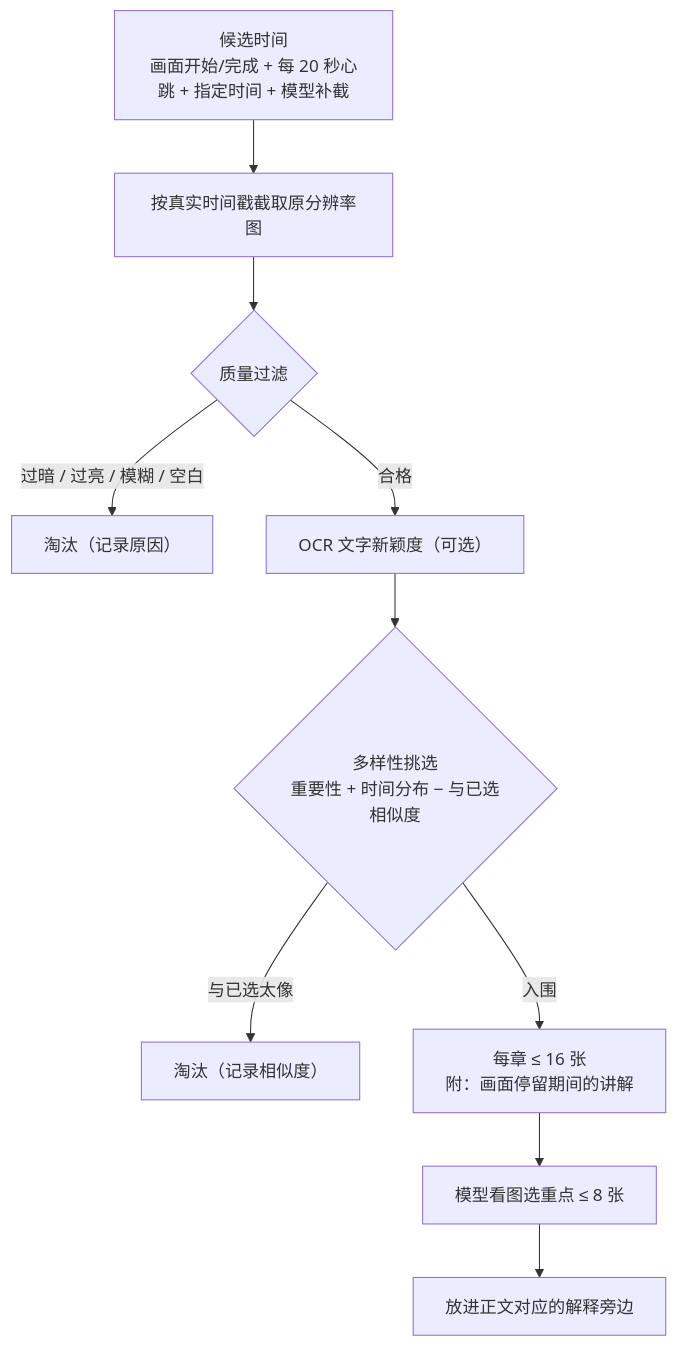
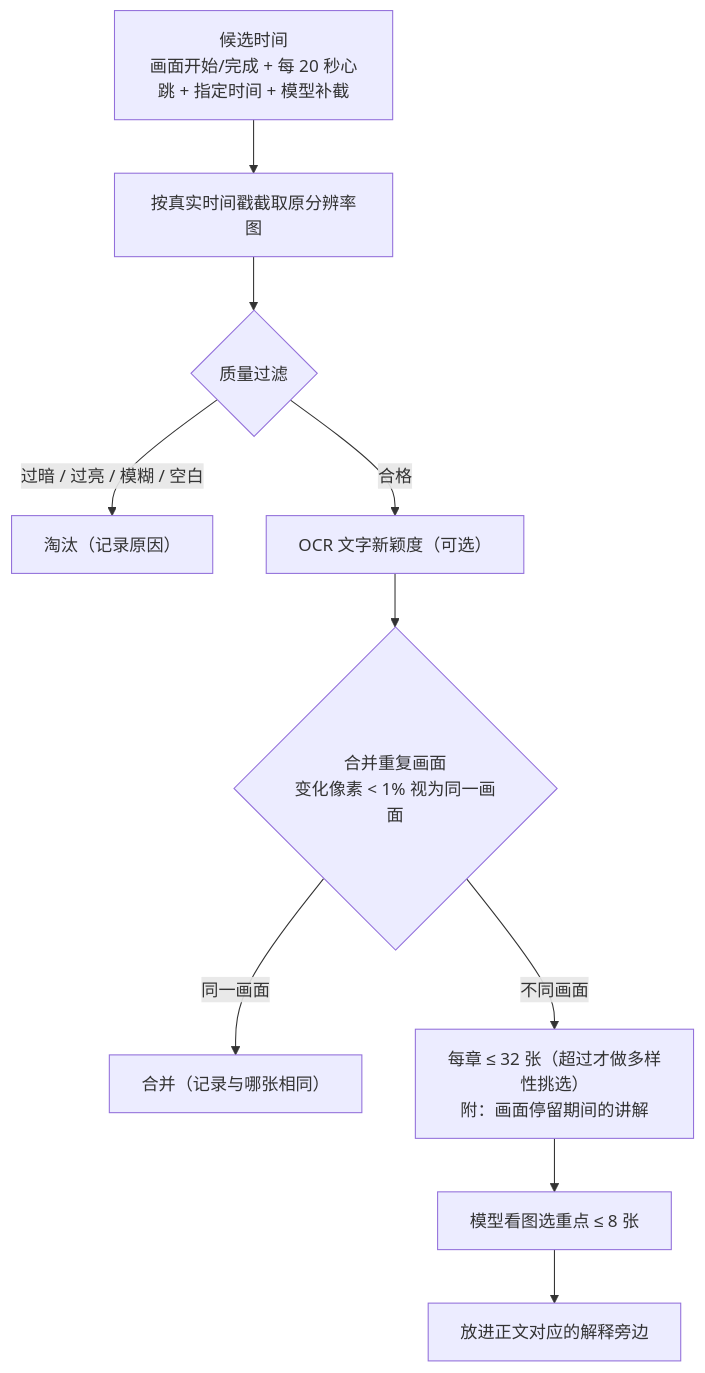
The fourth of 7 diagrams in README.md (songyang8964/video-notes), drawn with Mermaid before and after one commit. The commit also changed other lines of this file and 6 other files, not shown here.

````diff
--- a/README.md
+++ b/README.md
@@ -198,12 +198,12 @@
 ```mermaid
 flowchart TD
     A["候选时间<br/>画面开始/完成 + 每 20 秒心跳 + 指定时间 + 模型补截"] --> B["按真实时间戳截取原分辨率图"]
     B --> Q{"质量过滤"}
     Q -- 过暗 / 过亮 / 模糊 / 空白 --> R1["淘汰（记录原因）"]
     Q -- 合格 --> O["OCR 文字新颖度（可选）"]
-    O --> D{"多样性挑选<br/>重要性 + 时间分布 − 与已选相似度"}
-    D -- 与已选太像 --> R2["淘汰（记录相似度）"]
-    D -- 入围 --> SH["每章 ≤ 16 张<br/>附：画面停留期间的讲解"]
+    O --> D{"合并重复画面<br/>变化像素 < 1% 视为同一画面"}
+    D -- 同一画面 --> R2["合并（记录与哪张相同）"]
+    D -- 不同画面 --> SH["每章 ≤ 32 张（超过才做多样性挑选）<br/>附：画面停留期间的讲解"]
     SH --> M["模型看图选重点 ≤ 8 张"]
     M --> N["放进正文对应的解释旁边"]
 ```
````
